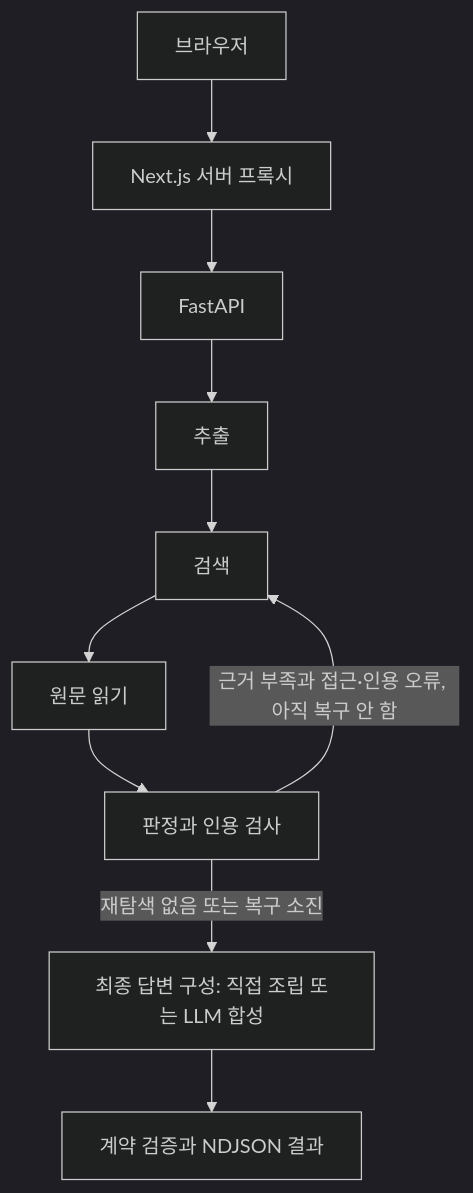
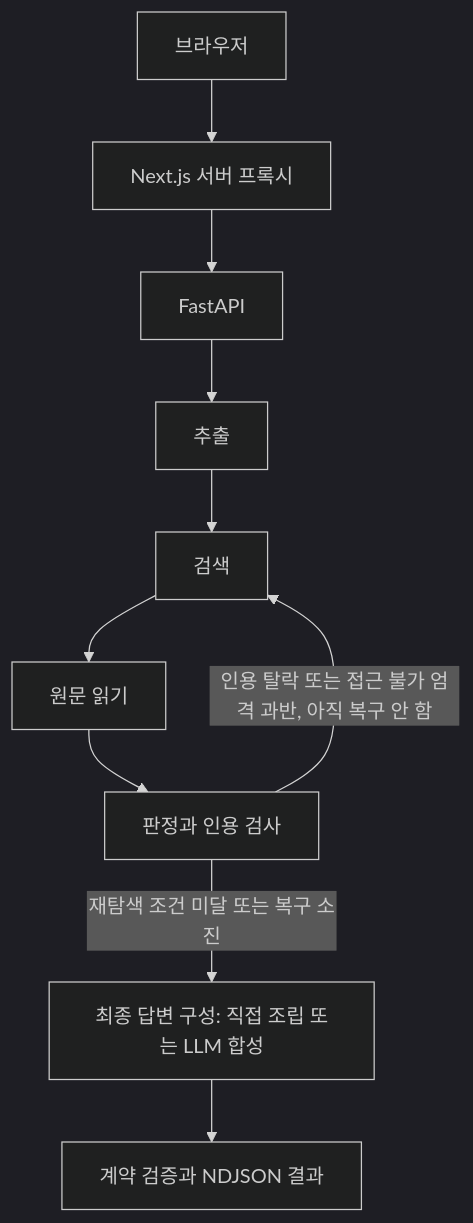
One commit to teach97/TRUE-OR-NOT changed the first of 2 diagrams in docs/아키텍처.md. Above: the diagram before and after it, drawn with Mermaid (dark theme). The commit also changed other lines of this file, not shown here.

````diff
--- a/docs/아키텍처.md
+++ b/docs/아키텍처.md
@@ -20,12 +40,12 @@
 ```mermaid
 flowchart TD
     UI[브라우저] --> Proxy[Next.js 서버 프록시]
     Proxy --> API[FastAPI]
     API --> Extract[추출]
     Extract --> Search[검색]
     Search --> Read[원문 읽기]
     Read --> Verify[판정과 인용 검사]
-    Verify -->|근거 부족과 접근·인용 오류, 아직 복구 안 함| Search
-    Verify -->|재탐색 없음 또는 복구 소진| Synthesize[최종 답변 구성: 직접 조립 또는 LLM 합성]
+    Verify -->|인용 탈락 또는 접근 불가 엄격 과반, 아직 복구 안 함| Search
+    Verify -->|재탐색 조건 미달 또는 복구 소진| Synthesize[최종 답변 구성: 직접 조립 또는 LLM 합성]
     Synthesize --> Result[계약 검증과 NDJSON 결과]
 ```
````
